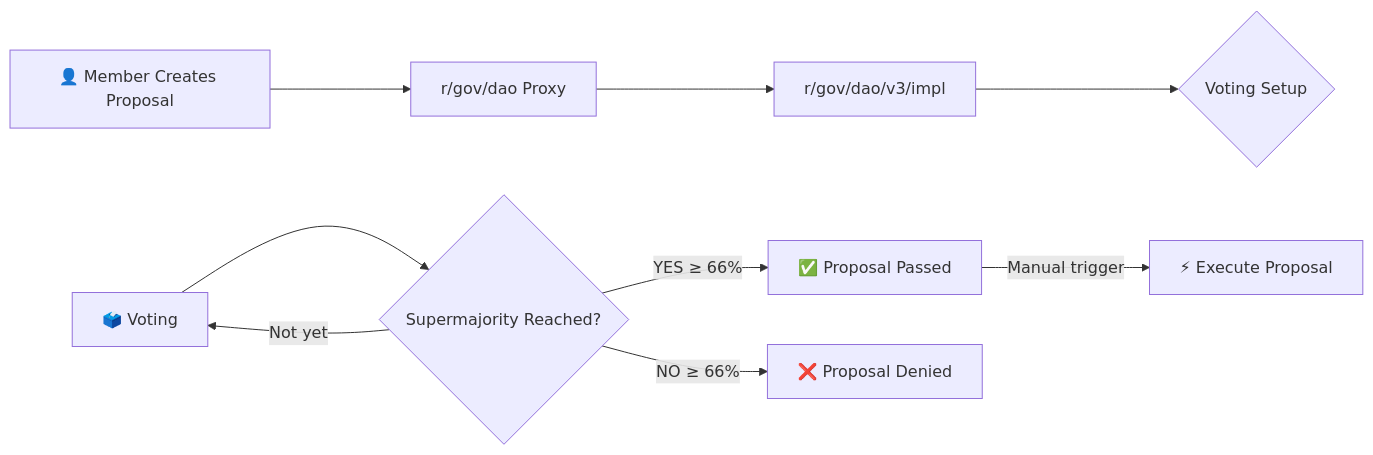
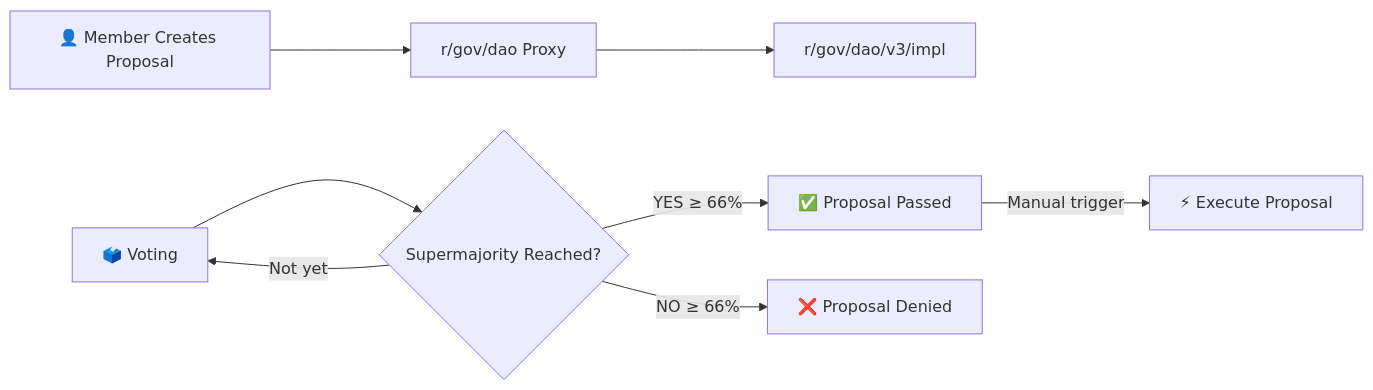
The diagram in gno-tutorials/short-tutorials/10-GovDAO/slides.md (samouraiworld/peerdev), drawn with Mermaid before and after one commit. The commit also changed other lines of this file, not shown here.

````diff
--- a/gno-tutorials/short-tutorials/10-GovDAO/slides.md
+++ b/gno-tutorials/short-tutorials/10-GovDAO/slides.md
@@ -108,12 +109,11 @@
 ```mermaid
 graph LR
     A[👤 Member Creates Proposal] --> B[r/gov/dao Proxy]
     B --> C[r/gov/dao/v3/impl]
-    C --> D{Voting Setup}
 
     F[🗳️ Voting] --> G{Supermajority Reached?}
     G -->|YES ≥ 66%| H[✅ Proposal Passed]
     G -->|NO ≥ 66%| I[❌ Proposal Denied]
     G -->|Not yet| F
     H -->|Manual trigger| J[⚡ Execute Proposal]
 ```
````
